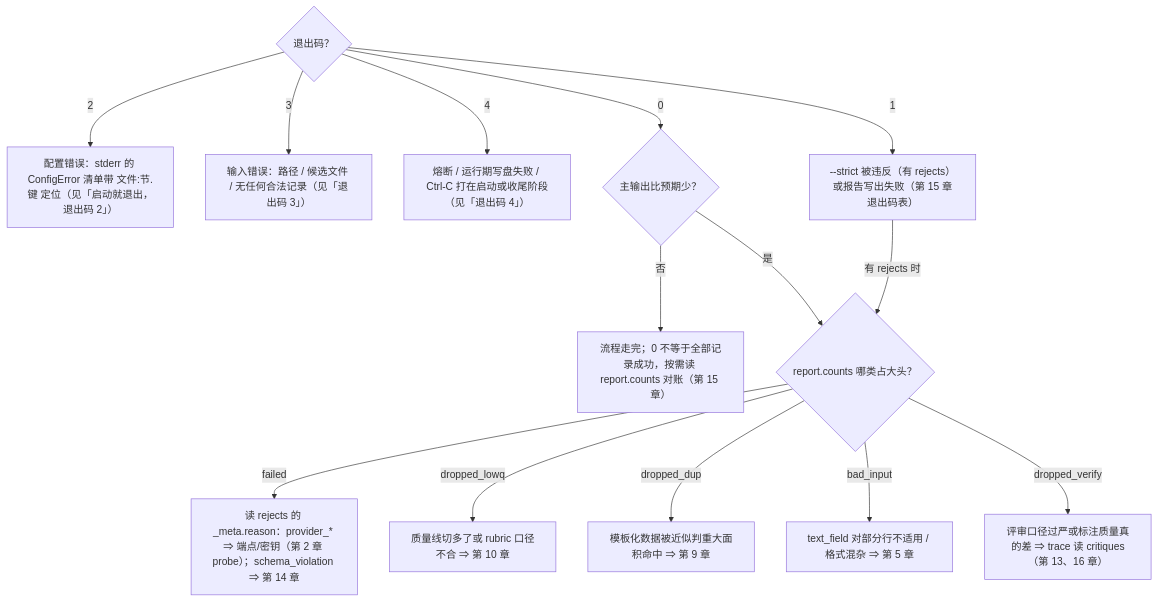
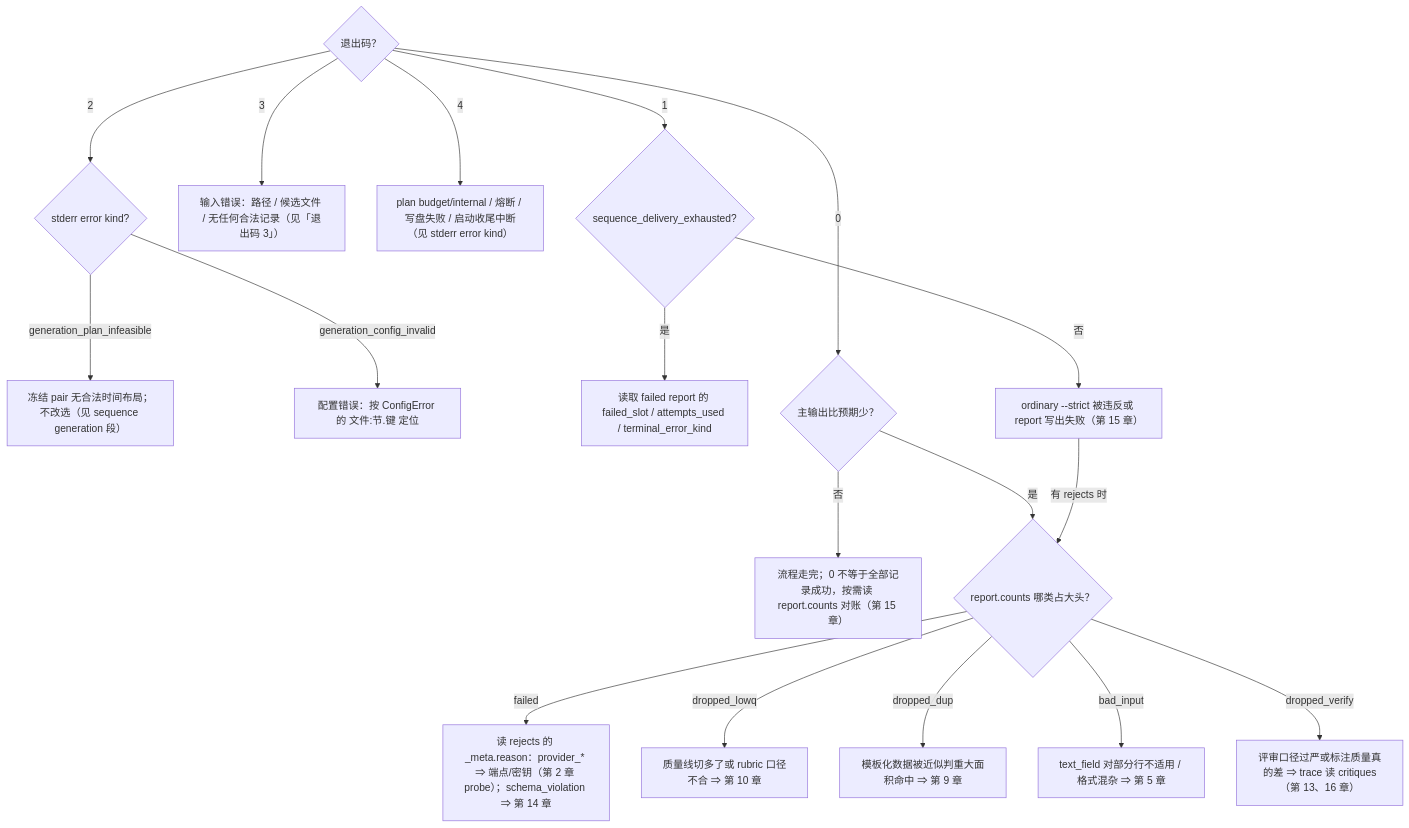
One commit to HoldThatThgt/LabelKit changed the diagram in docs/manual/18-troubleshooting.md. Above: the diagram before and after it, drawn with Mermaid. The commit also changed other lines of this file and 59 other files, not shown here.

Commit message:
feat: add weighted sequence interleaving

````diff
--- a/docs/manual/18-troubleshooting.md
+++ b/docs/manual/18-troubleshooting.md
@@ -42,17 +43,21 @@
 ```mermaid
 flowchart TD
     code{"退出码？"}
-    code -->|2| c2["配置错误：stderr 的 ConfigError 清单带 文件:节.键 定位（见「启动就退出，退出码 2」）"]
+    code -->|2| c2{"stderr error kind?"}
+    c2 -->|generation_plan_infeasible| p2["冻结 pair 无合法时间布局；不改选（见 sequence generation 段）"]
+    c2 -->|generation_config_invalid| cfg2["配置错误：按 ConfigError 的 文件:节.键 定位"]
     code -->|3| c3["输入错误：路径 / 候选文件 / 无任何合法记录（见「退出码 3」）"]
-    code -->|4| c4["熔断 / 运行期写盘失败 / Ctrl-C 打在启动或收尾阶段（见「退出码 4」）"]
-    code -->|1| c1["--strict 被违反（有 rejects）或报告写出失败（第 15 章退出码表）"]
+    code -->|4| c4["plan budget/internal / 熔断 / 写盘失败 / 启动收尾中断（见 stderr error kind）"]
+    code -->|1| c1{"sequence_delivery_exhausted?"}
+    c1 -->|是| s1["读取 failed report 的 failed_slot / attempts_used / terminal_error_kind"]
+    c1 -->|否| o1["ordinary --strict 被违反或 report 写出失败（第 15 章）"]
     code -->|0| c0{"主输出比预期少？"}
     c0 -->|否| done["流程走完；0 不等于全部记录成功，按需读 report.counts 对账（第 15 章）"]
     c0 -->|是| counts{"report.counts 哪类占大头？"}
-    c1 -->|有 rejects 时| counts
+    o1 -->|有 rejects 时| counts
     counts -->|failed| tf["读 rejects 的 _meta.reason：provider_* ⇒ 端点/密钥（第 2 章 probe）；schema_violation ⇒ 第 14 章"]
     counts -->|dropped_lowq| tq["质量线切多了或 rubric 口径不合 ⇒ 第 10 章"]
     counts -->|dropped_dup| td["模板化数据被近似判重大面积命中 ⇒ 第 9 章"]
     counts -->|bad_input| tb["text_field 对部分行不适用 / 格式混杂 ⇒ 第 5 章"]
     counts -->|dropped_verify| tv["评审口径过严或标注质量真的差 ⇒ trace 读 critiques（第 13、16 章）"]
 ```
````
